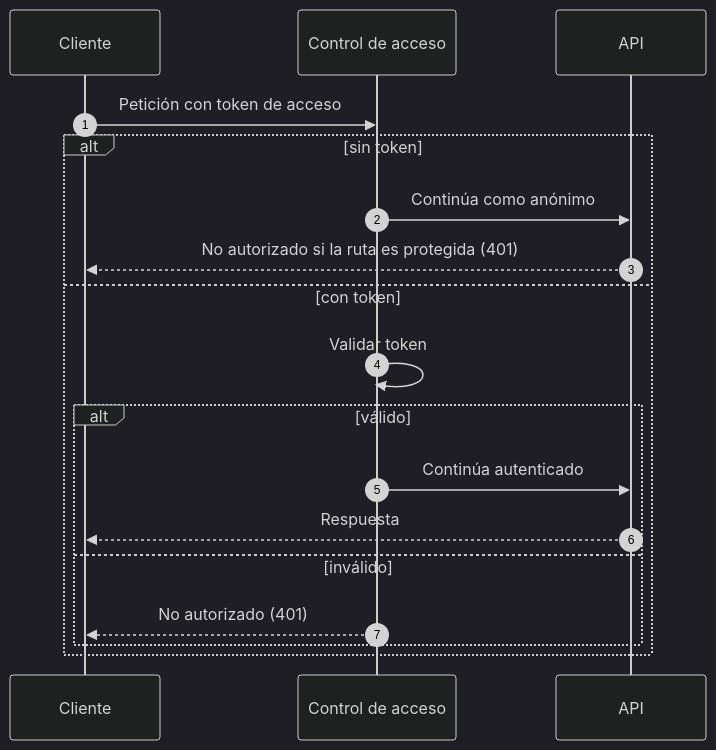
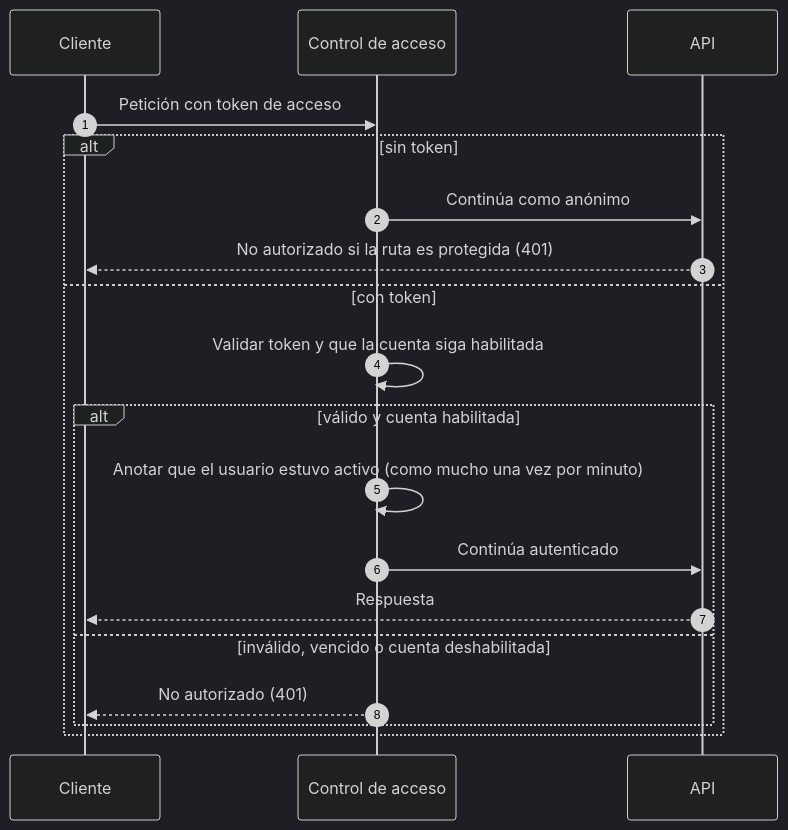
Before and after one commit to signasource/signa-api: the third of 32 diagrams in docs/diagrams/sequence.md, drawn with Mermaid (dark theme). The commit also changed other lines of this file and 4 other files, not shown here.

First line of the commit message:
docs: sync CLAUDE.md, README and diagrams with the current code

````diff
--- a/docs/diagrams/sequence.md
+++ b/docs/diagrams/sequence.md
@@ -52,21 +52,22 @@
 ```mermaid
 sequenceDiagram
     autonumber
     participant C as Cliente
     participant Auth as Control de acceso
     participant API as API
 
     C->>Auth: Petición con token de acceso
     alt sin token
         Auth->>API: Continúa como anónimo
         API-->>C: No autorizado si la ruta es protegida (401)
     else con token
-        Auth->>Auth: Validar token
-        alt válido
+        Auth->>Auth: Validar token y que la cuenta siga habilitada
+        alt válido y cuenta habilitada
+            Auth->>Auth: Anotar que el usuario estuvo activo (como mucho una vez por minuto)
             Auth->>API: Continúa autenticado
             API-->>C: Respuesta
-        else inválido
+        else inválido, vencido o cuenta deshabilitada
             Auth-->>C: No autorizado (401)
         end
     end
 ```
````
